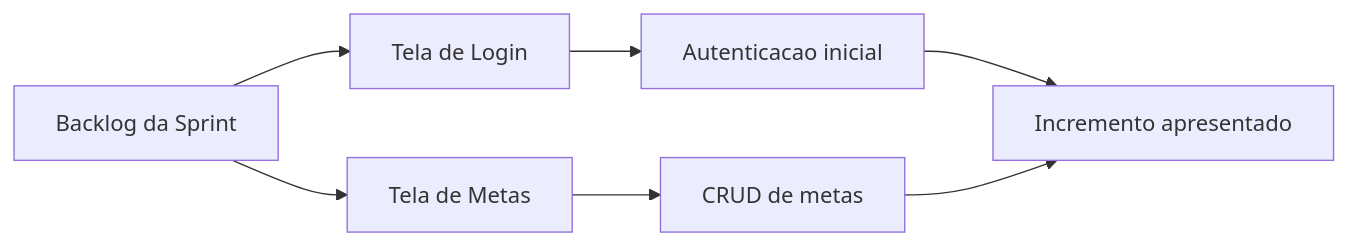
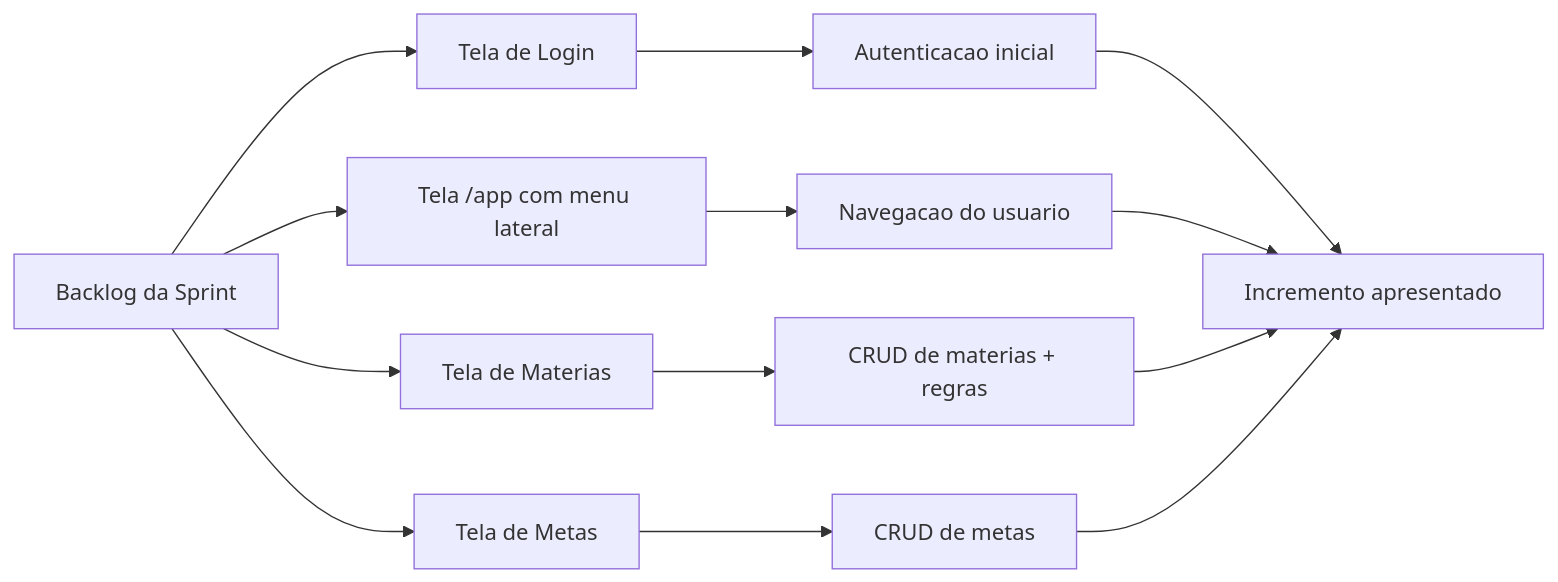
The fifth of 5 diagrams in docs/DIAGRAMAS_TELAS_USUARIO_FINAL.md (art4raujo0/xp-diario), drawn with Mermaid before and after one commit. The commit also changed other lines of this file and 11 other files, not shown here.

Commit message:
feat: adiciona fluxo app com menu lateral, tela de materias e atualiza docs

````diff
--- a/docs/DIAGRAMAS_TELAS_USUARIO_FINAL.md
+++ b/docs/DIAGRAMAS_TELAS_USUARIO_FINAL.md
@@ -58,9 +87,15 @@
 ```mermaid
 flowchart LR
     A[Backlog da Sprint] --> B[Tela de Login]
-    A --> C[Tela de Metas]
-    B --> D[Autenticacao inicial]
-    C --> E[CRUD de metas]
-    D --> F[Incremento apresentado]
-    E --> F
+    A --> C[Tela /app com menu lateral]
+    A --> D[Tela de Materias]
+    A --> E[Tela de Metas]
+    B --> F[Autenticacao inicial]
+    C --> G[Navegacao do usuario]
+    D --> H[CRUD de materias + regras]
+    E --> I[CRUD de metas]
+    F --> J[Incremento apresentado]
+    G --> J
+    H --> J
+    I --> J
 ```
````
